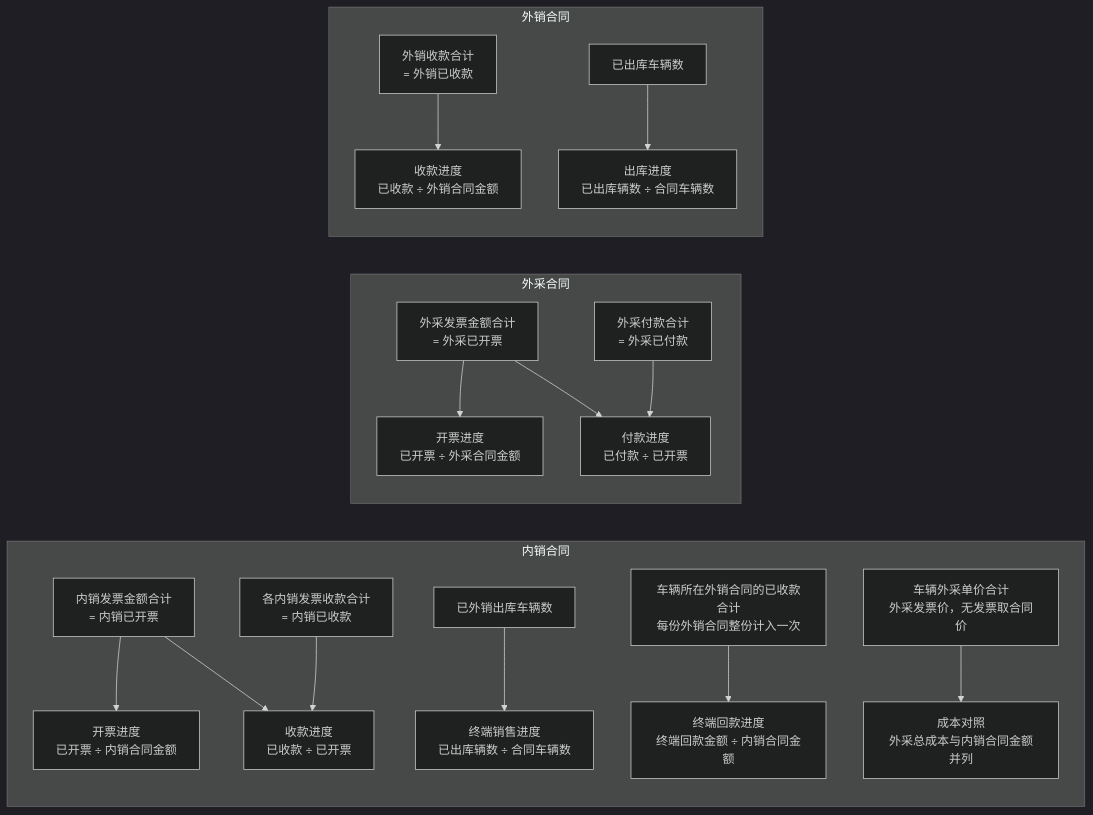
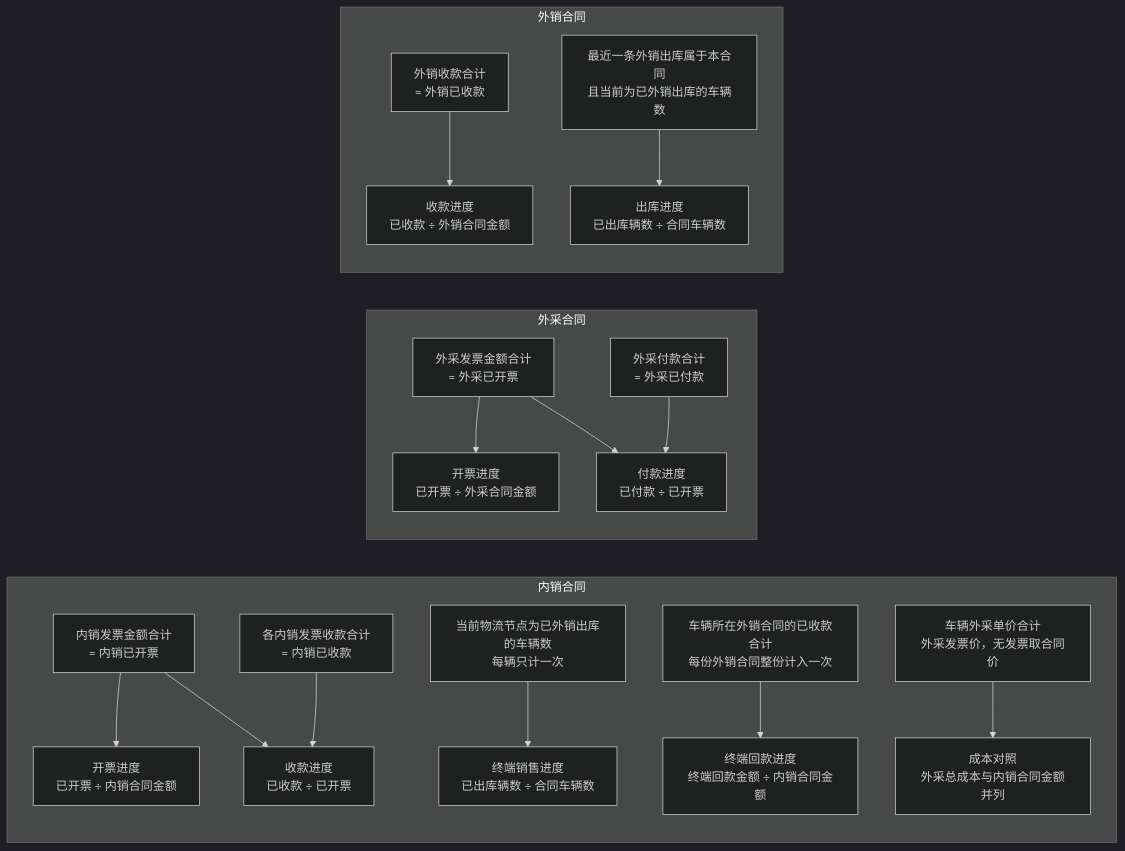
The third of 3 diagrams in asset-trust-platform/PRD/运营端/M4-合同信息/02-合同信息-流程图与状态机.md (wxblockchain/Chain-Financing), drawn with Mermaid (dark theme) before and after one commit. The commit also changed 2 other files, not shown here.

Commit message:
prd(WS-673): settle M4 eval clarifications E-Q1..E-Q5
- Sold / shipped counts follow M5 current node (returned vehicles not counted), one count per vehicle
- Export contract shipped count requires latest outbound under that contract
- Terminal receipt not reconciled with M3 per-invoice sums; name remaining value 终端未回款金额
- No separate freshness target beyond next view; add AC-M4-71, AC-M4-72

````diff
--- a/asset-trust-platform/PRD/运营端/M4-合同信息/02-合同信息-流程图与状态机.md
+++ b/asset-trust-platform/PRD/运营端/M4-合同信息/02-合同信息-流程图与状态机.md
@@ -72,20 +72,20 @@
 ```mermaid
 flowchart LR
     subgraph 内销合同
       DINV[内销发票金额合计<br/>= 内销已开票] --> DP1[开票进度<br/>已开票 ÷ 内销合同金额]
       DREC[各内销发票收款合计<br/>= 内销已收款] --> DP2[收款进度<br/>已收款 ÷ 已开票]
       DINV --> DP2
-      DOUT[已外销出库车辆数] --> DP3[终端销售进度<br/>已出库辆数 ÷ 合同车辆数]
+      DOUT[当前物流节点为已外销出库的车辆数<br/>每辆只计一次] --> DP3[终端销售进度<br/>已出库辆数 ÷ 合同车辆数]
       DEXR[车辆所在外销合同的已收款合计<br/>每份外销合同整份计入一次] --> DP4[终端回款进度<br/>终端回款金额 ÷ 内销合同金额]
       DCOST[车辆外采单价合计<br/>外采发票价，无发票取合同价] --> DTC[成本对照<br/>外采总成本与内销合同金额并列]
     end
     subgraph 外采合同
       PINV[外采发票金额合计<br/>= 外采已开票] --> PP1[开票进度<br/>已开票 ÷ 外采合同金额]
       PPAY[外采付款合计<br/>= 外采已付款] --> PP2[付款进度<br/>已付款 ÷ 已开票]
       PINV --> PP2
     end
     subgraph 外销合同
       EREC[外销收款合计<br/>= 外销已收款] --> EP1[收款进度<br/>已收款 ÷ 外销合同金额]
-      EOUT[已出库车辆数] --> EP2[出库进度<br/>已出库辆数 ÷ 合同车辆数]
+      EOUT[最近一条外销出库属于本合同<br/>且当前为已外销出库的车辆数] --> EP2[出库进度<br/>已出库辆数 ÷ 合同车辆数]
     end
 ```
````
